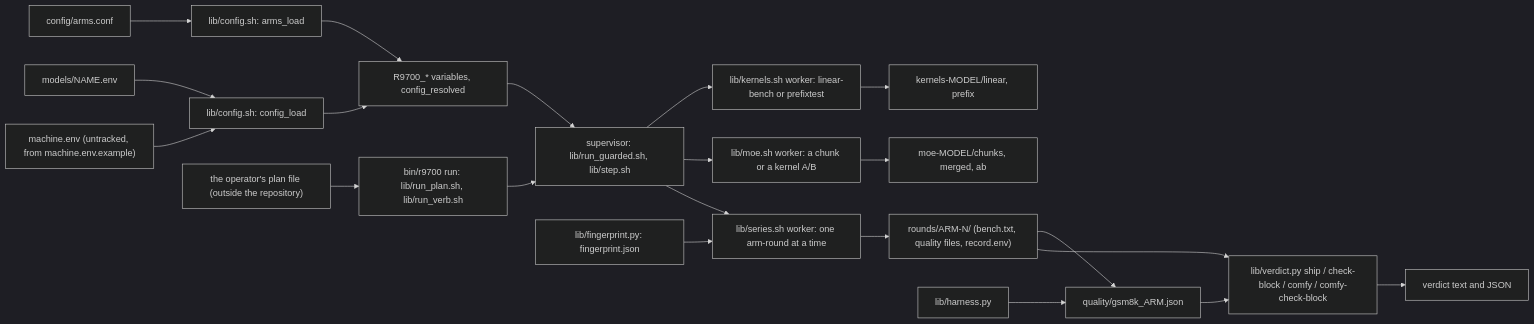
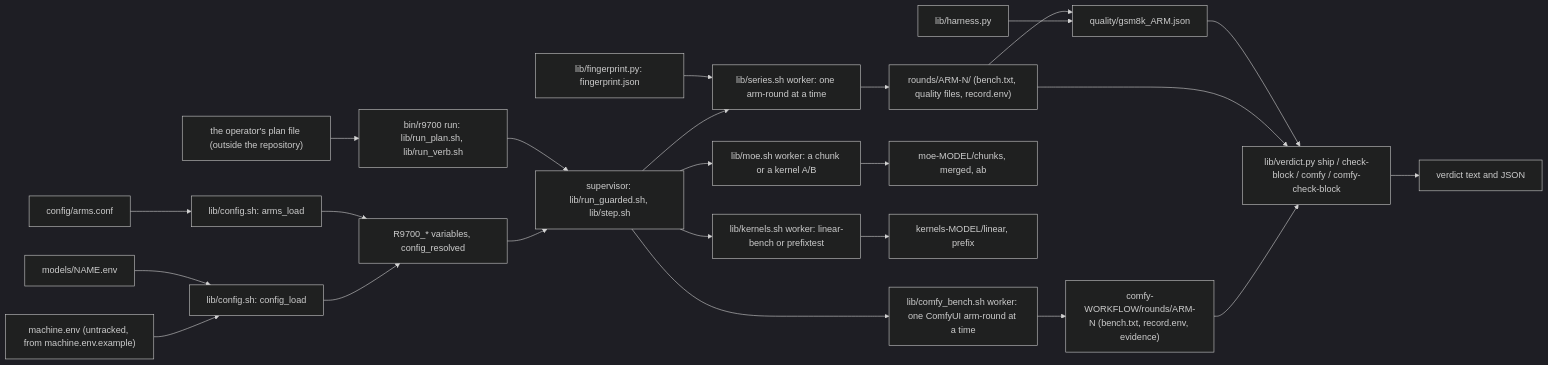
Before and after one commit to oleksandrdubyna88/dew_flow_amd_r9700_tuning_ai: the sixth of 6 diagrams in research/architecture.md, drawn with Mermaid (dark theme). The commit also changed other lines of this file and 14 other files, not shown here.

````diff
--- a/research/architecture.md
+++ b/research/architecture.md
@@ -345,23 +349,26 @@
 ```mermaid
 flowchart LR
   ME["machine.env (untracked, from machine.env.example)"] --> LOAD["lib/config.sh: config_load"]
   MD["models/NAME.env"] --> LOAD
   ARMS["config/arms.conf"] --> ARMLOAD["lib/config.sh: arms_load"]
   LOAD --> RES["R9700_* variables, config_resolved"]
   ARMLOAD --> RES
   PLAN["the operator's plan file (outside the repository)"] --> RUN["bin/r9700 run: lib/run_plan.sh, lib/run_verb.sh"]
   RES --> SUP["supervisor: lib/run_guarded.sh, lib/step.sh"]
   RUN --> SUP
   SUP --> SER["lib/series.sh worker: one arm-round at a time"]
   SUP --> MOE["lib/moe.sh worker: a chunk or a kernel A/B"]
   SUP --> KER["lib/kernels.sh worker: linear-bench or prefixtest"]
+  SUP --> CBW["lib/comfy_bench.sh worker: one ComfyUI arm-round at a time"]
   SER --> REC["rounds/ARM-N/ (bench.txt, quality files, record.env)"]
   MOE --> MREC["moe-MODEL/chunks, merged, ab"]
   KER --> KREC["kernels-MODEL/linear, prefix"]
+  CBW --> CREC["comfy-WORKFLOW/rounds/ARM-N (bench.txt, record.env, evidence)"]
+  CREC --> VER
   FP["lib/fingerprint.py: fingerprint.json"] --> SER
   REC --> VER["lib/verdict.py ship / check-block / comfy / comfy-check-block"]
   HAR["lib/harness.py"] --> QUAL["quality/gsm8k_ARM.json"]
   REC --> QUAL
   QUAL --> VER
   VER --> OUT["verdict text and JSON"]
 ```
````
